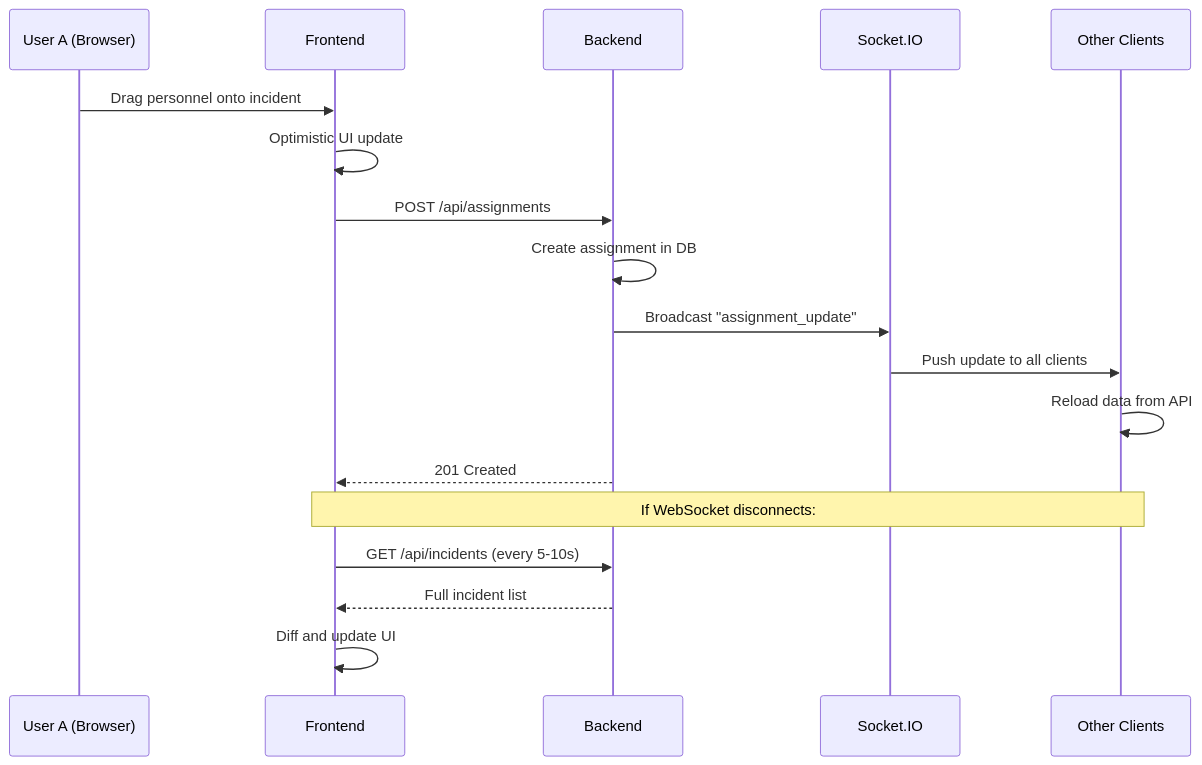
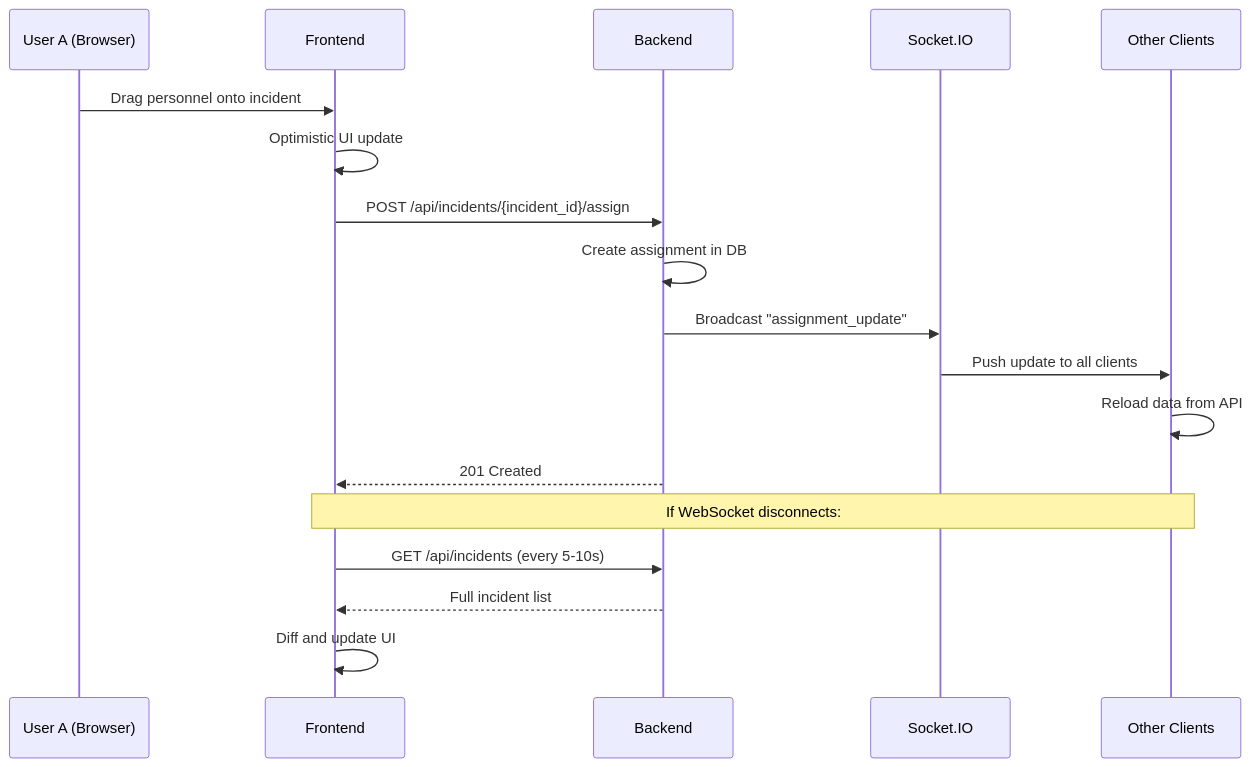
Before and after one commit to feuerwehr-oberwil/kp-rueck: the sixth of 10 diagrams in docs/ARCHITECTURE.md, drawn with Mermaid. The commit also changed other lines of this file and 3 other files, not shown here.

First line of the commit message:
docs: the CHANGELOG and architecture docs catch up with the redesign wave

````diff
--- a/docs/ARCHITECTURE.md
+++ b/docs/ARCHITECTURE.md
@@ -310,22 +310,22 @@
 ```mermaid
 sequenceDiagram
     participant U as User A (Browser)
     participant F as Frontend
     participant B as Backend
     participant WS as Socket.IO
     participant O as Other Clients
 
     U->>F: Drag personnel onto incident
     F->>F: Optimistic UI update
-    F->>B: POST /api/assignments
+    F->>B: POST /api/incidents/{incident_id}/assign
     B->>B: Create assignment in DB
     B->>WS: Broadcast "assignment_update"
     WS->>O: Push update to all clients
     O->>O: Reload data from API
     B-->>F: 201 Created
 
     Note over F,O: If WebSocket disconnects:
     F->>B: GET /api/incidents (every 5-10s)
     B-->>F: Full incident list
     F->>F: Diff and update UI
 ```
````
